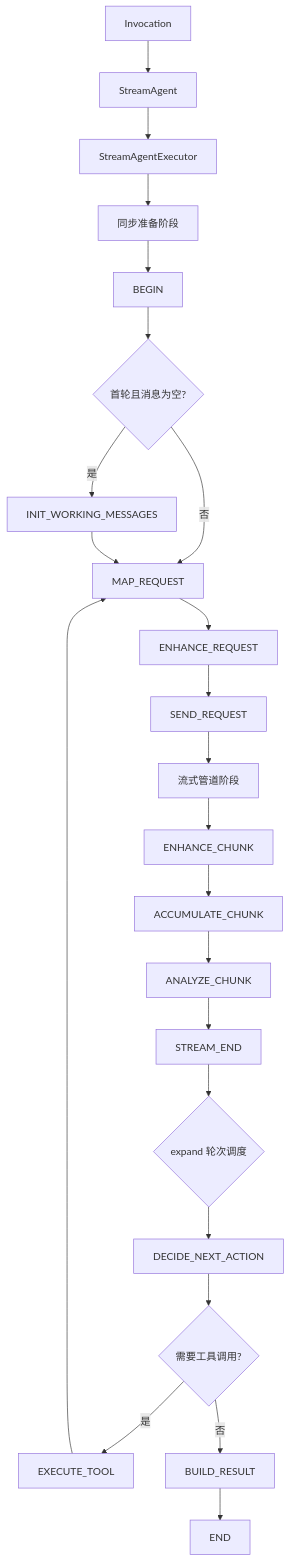
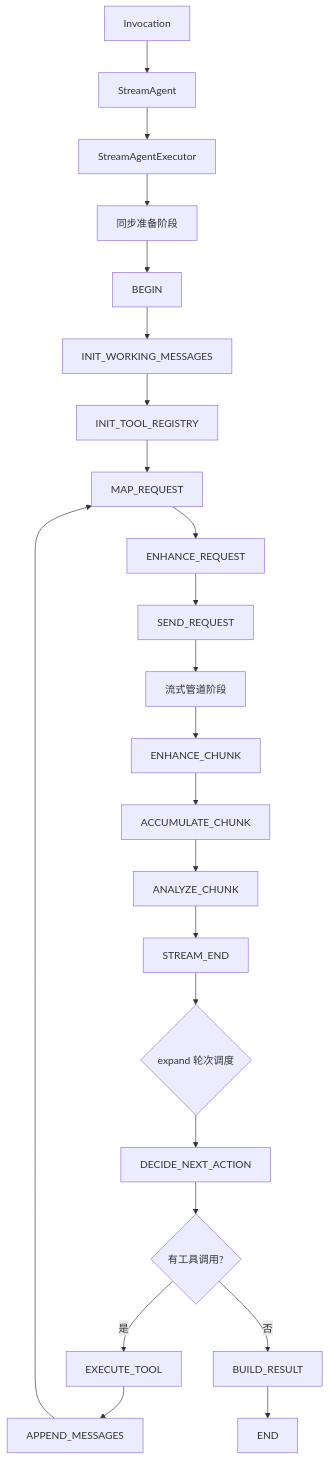
One commit to Halcyonsong/liteagent-template changed the third of 3 diagrams in README.md. Above: the diagram before and after it, drawn with Mermaid. The commit also changed other lines of this file and 55 other files, not shown here.

````diff
--- a/README.md
+++ b/README.md
@@ -69,25 +72,25 @@
 ```mermaid
 flowchart TD
     C1[Invocation] --> C2[StreamAgent]
     C2 --> C3[StreamAgentExecutor]
     C3 --> C4[同步准备阶段]
     C4 --> C5[BEGIN]
-    C5 --> C6{首轮且消息为空?}
-    C6 -- 是 --> C7[INIT_WORKING_MESSAGES]
-    C6 -- 否 --> C8[MAP_REQUEST]
-    C7 --> C8
+    C5 --> C6[INIT_WORKING_MESSAGES]
+    C6 --> C7[INIT_TOOL_REGISTRY]
+    C7 --> C8[MAP_REQUEST]
     C8 --> C9[ENHANCE_REQUEST]
     C9 --> C10[SEND_REQUEST]
     C10 --> C11[流式管道阶段]
     C11 --> C12[ENHANCE_CHUNK]
     C12 --> C13[ACCUMULATE_CHUNK]
     C13 --> C14[ANALYZE_CHUNK]
     C14 --> C15[STREAM_END]
     C15 --> C16{expand 轮次调度}
     C16 --> C17[DECIDE_NEXT_ACTION]
-    C17 --> C18{需要工具调用?}
+    C17 --> C18{有工具调用?}
     C18 -- 是 --> C19[EXECUTE_TOOL]
-    C19 --> C8
-    C18 -- 否 --> C20[BUILD_RESULT]
-    C20 --> C21[END]
+    C19 --> C20[APPEND_MESSAGES]
+    C20 --> C8
+    C18 -- 否 --> C21[BUILD_RESULT]
+    C21 --> C22[END]
 ```
````
